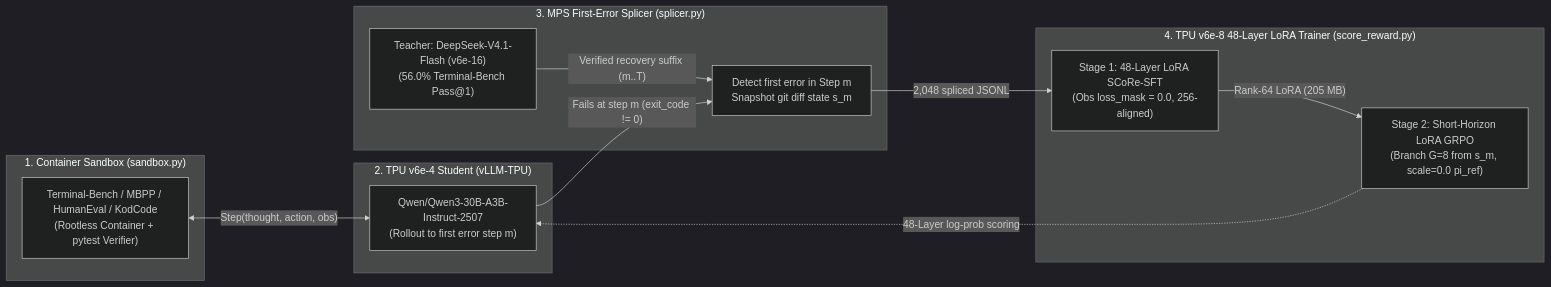
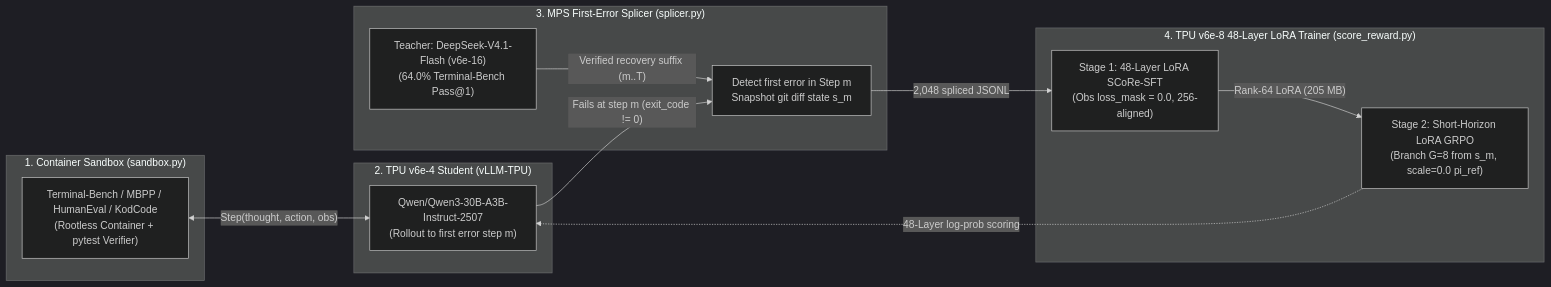
One commit to jawadaminGOOG/tpu-distil changed the diagram in docs/ARCHITECTURE.md. Above: the diagram before and after it, drawn with Mermaid (dark theme). The commit also changed other lines of this file and 5 other files, not shown here.

Commit message:
Upgrade DeepSeek-V4.1-Flash teacher harness (64% Pass@1) and SCoRe-RL student transfer (34% Pass@1)

````diff
--- a/docs/ARCHITECTURE.md
+++ b/docs/ARCHITECTURE.md
@@ -37,27 +41,27 @@
 ```mermaid
 flowchart LR
     subgraph Env["1. Container Sandbox (sandbox.py)"]
         TB["Terminal-Bench / MBPP / HumanEval / KodCode\n(Rootless Container + pytest Verifier)"]
     end
 
     subgraph Student["2. TPU v6e-4 Student (vLLM-TPU)"]
         Q3["Qwen/Qwen3-30B-A3B-Instruct-2507\n(Rollout to first error step m)"]
     end
 
     subgraph Splicer["3. MPS First-Error Splicer (splicer.py)"]
         MPS["Detect first error in Step m\nSnapshot git diff state s_m"]
-        T["Teacher: DeepSeek-V4.1-Flash (v6e-16)\n(56.0% Terminal-Bench Pass@1)"]
+        T["Teacher: DeepSeek-V4.1-Flash (v6e-16)\n(64.0% Terminal-Bench Pass@1)"]
     end
 
     subgraph Trainer["4. TPU v6e-8 48-Layer LoRA Trainer (score_reward.py)"]
         SFT["Stage 1: 48-Layer LoRA SCoRe-SFT\n(Obs loss_mask = 0.0, 256-aligned)"]
         RL["Stage 2: Short-Horizon LoRA GRPO\n(Branch G=8 from s_m, scale=0.0 pi_ref)"]
     end
 
     TB <-->|"Step(thought, action, obs)"| Q3
     Q3 -->|"Fails at step m (exit_code != 0)"| MPS
     T -->|"Verified recovery suffix (m..T)"| MPS
     MPS -->|"2,048 spliced JSONL"| SFT
     SFT -->|"Rank-64 LoRA (205 MB)"| RL
     RL -.->|"48-Layer log-prob scoring"| Q3
 ```
````
